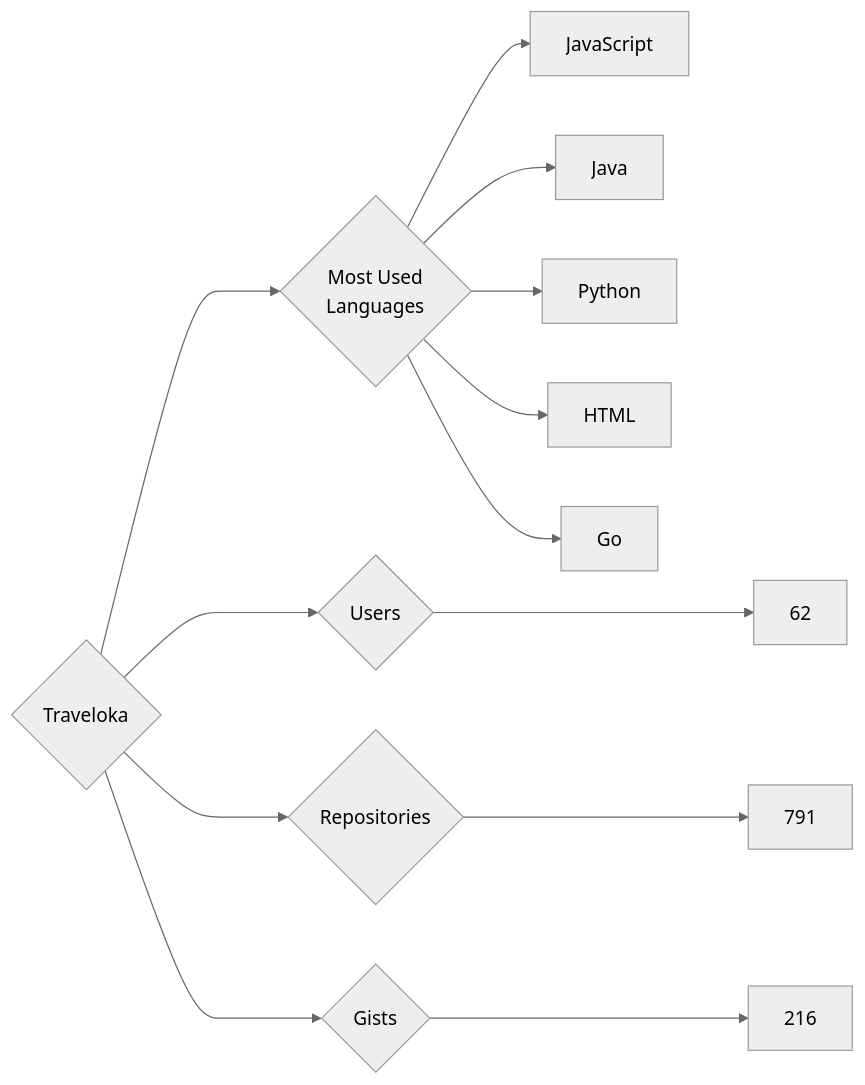
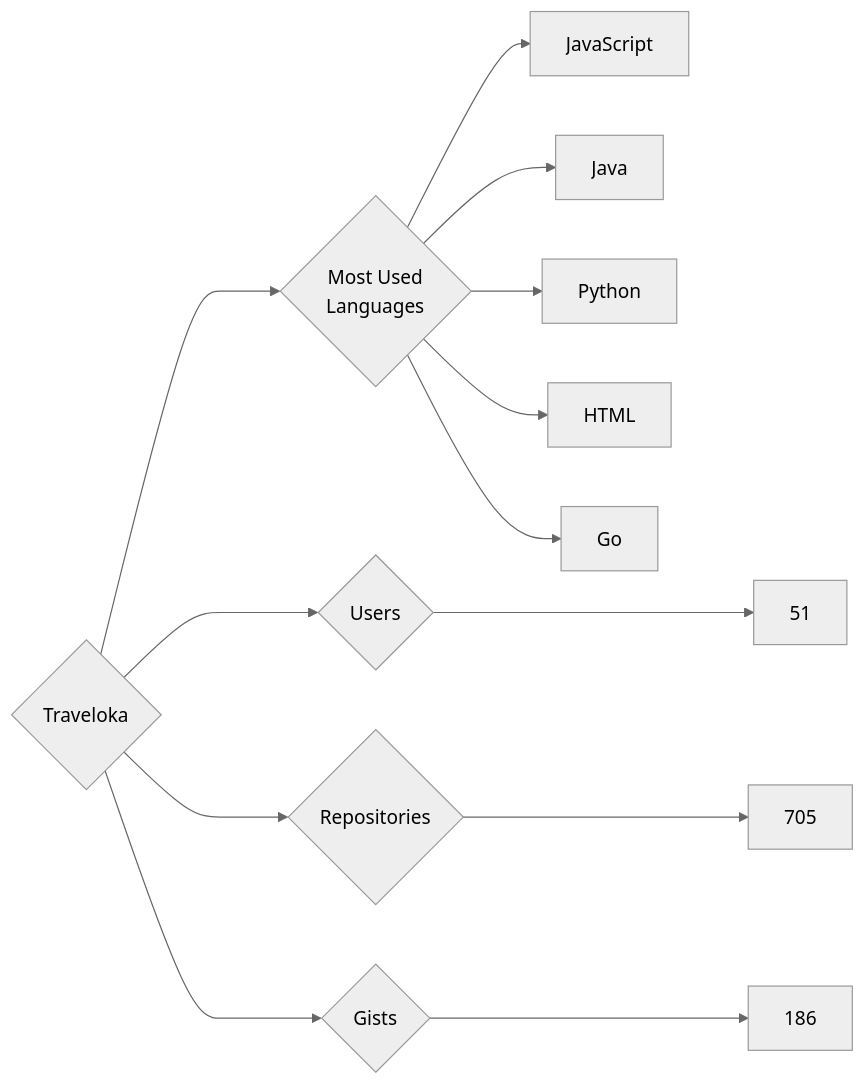
One commit to trickest/insiders changed the diagram in targets/Traveloka/README.md. Above: the diagram before and after it, drawn with Mermaid (neutral theme). The commit also changed 953 other files, not shown here.

````diff
--- a/targets/Traveloka/README.md
+++ b/targets/Traveloka/README.md
@@ -3,13 +3,13 @@
 ```mermaid
 graph LR
 COMPANY_NAME{Traveloka}
-COMPANY_NAME ---> U{Users} ---> UN[62]
-COMPANY_NAME ---> R{Repositories} ---> RN[791]
-COMPANY_NAME ---> G{Gists} ---> GN[216]
+COMPANY_NAME ---> U{Users} ---> UN[51]
+COMPANY_NAME ---> R{Repositories} ---> RN[705]
+COMPANY_NAME ---> G{Gists} ---> GN[186]
 COMPANY_NAME ---> ML{Most Used<br>Languages}
 ML --> JavaScript[JavaScript]
 ML --> Java[Java]
 ML --> Python[Python]
 ML --> HTML[HTML]
 ML --> Go[Go]
 ```
````
